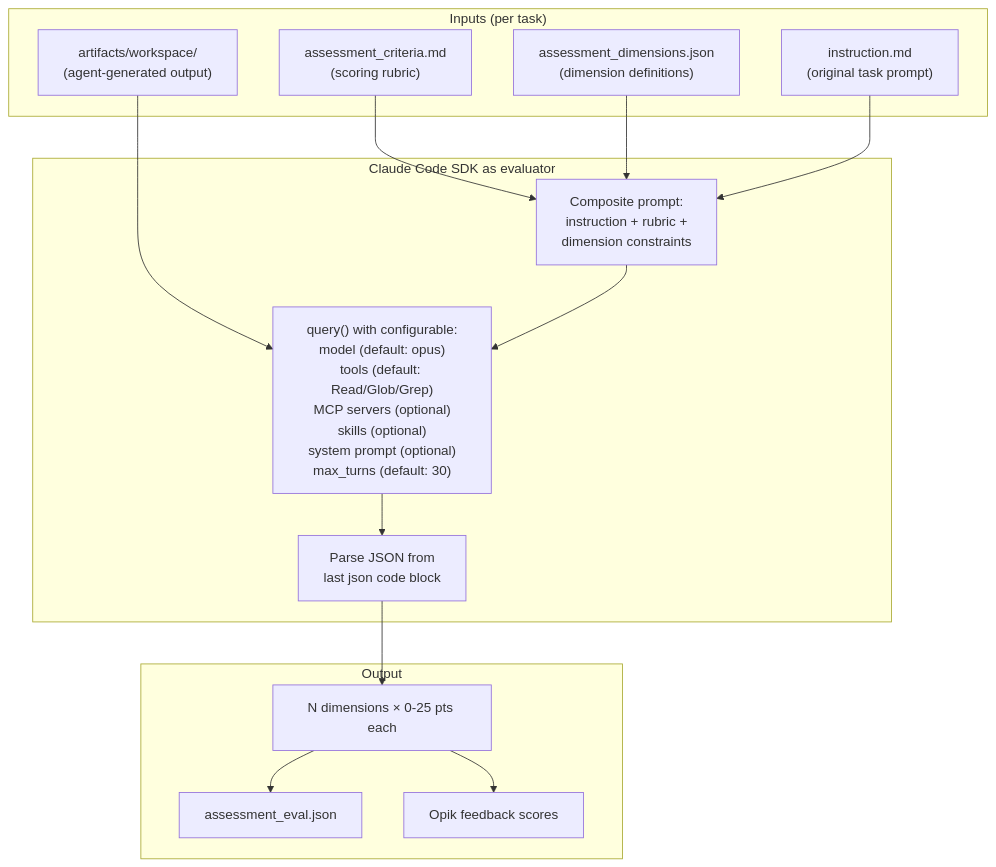
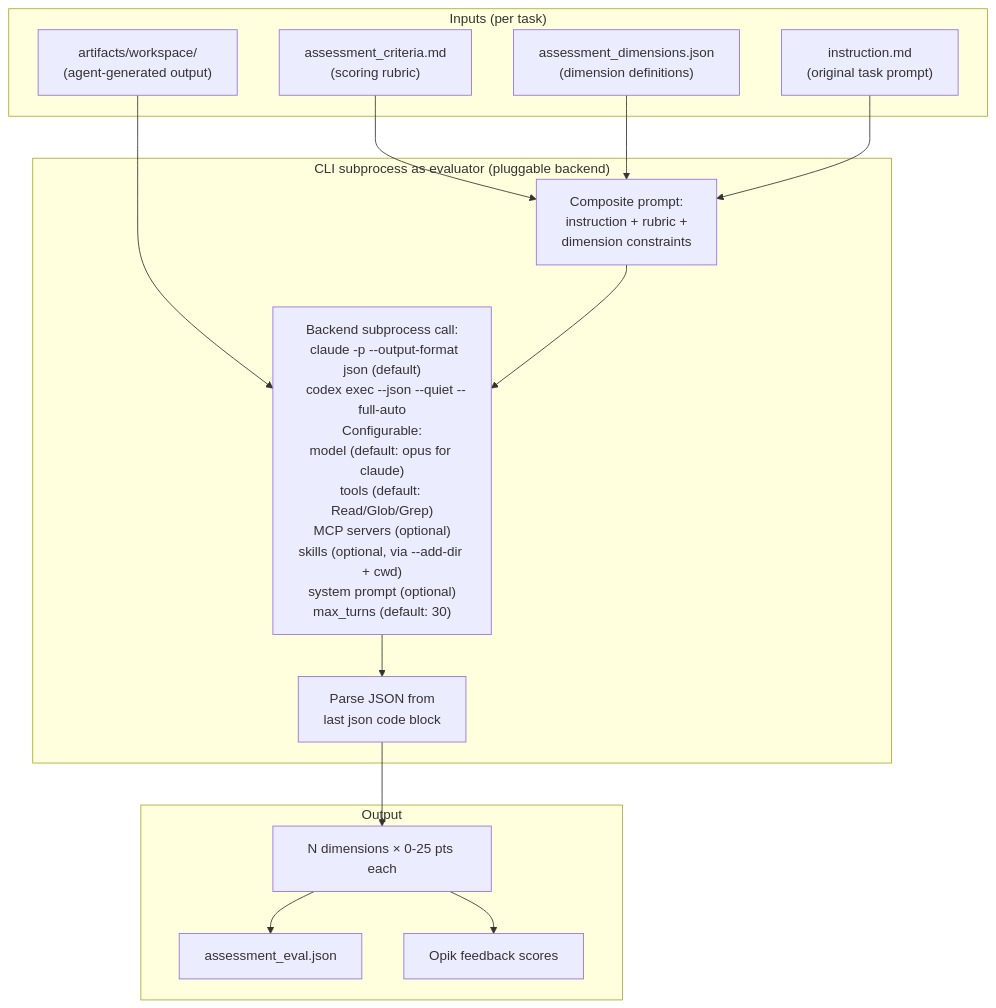
One commit to NoesisVision/nasde-toolkit changed the fourth of 7 diagrams in ARCHITECTURE.md. Above: the diagram before and after it, drawn with Mermaid. The commit also changed other lines of this file and 21 other files, not shown here.

First line of the commit message:
feat: replace Claude Code SDK with subprocess evaluator backends (#24)

````diff
--- a/ARCHITECTURE.md
+++ b/ARCHITECTURE.md
@@ -153,31 +153,31 @@
 ```mermaid
 flowchart TB
     subgraph Inputs["Inputs (per task)"]
         ARTIFACTS["artifacts/workspace/\n(agent-generated output)"]
         CRITERIA["assessment_criteria.md\n(scoring rubric)"]
         DIMS["assessment_dimensions.json\n(dimension definitions)"]
         INSTRUCTION["instruction.md\n(original task prompt)"]
     end
 
-    subgraph Evaluator["Claude Code SDK as evaluator"]
+    subgraph Evaluator["CLI subprocess as evaluator (pluggable backend)"]
         PROMPT["Composite prompt:\ninstruction + rubric +\ndimension constraints"]
-        SDK_RUN["query() with configurable:\nmodel (default: opus)\ntools (default: Read/Glob/Grep)\nMCP servers (optional)\nskills (optional)\nsystem prompt (optional)\nmax_turns (default: 30)"]
+        SDK_RUN["Backend subprocess call:\n  claude -p --output-format json (default)\n  codex exec --json --quiet --full-auto\nConfigurable:\nmodel (default: opus for claude)\ntools (default: Read/Glob/Grep)\nMCP servers (optional)\nskills (optional, via --add-dir + cwd)\nsystem prompt (optional)\nmax_turns (default: 30)"]
         PARSE["Parse JSON from\nlast json code block"]
     end
 
     subgraph Output["Output"]
         SCORE["N dimensions × 0-25 pts each"]
         FILE["assessment_eval.json"]
         OPIK["Opik feedback scores"]
     end
 
     ARTIFACTS --> SDK_RUN
     CRITERIA --> PROMPT
     DIMS --> PROMPT
     INSTRUCTION --> PROMPT
     PROMPT --> SDK_RUN
     SDK_RUN --> PARSE
     PARSE --> SCORE
     SCORE --> FILE
     SCORE --> OPIK
 ```
````
